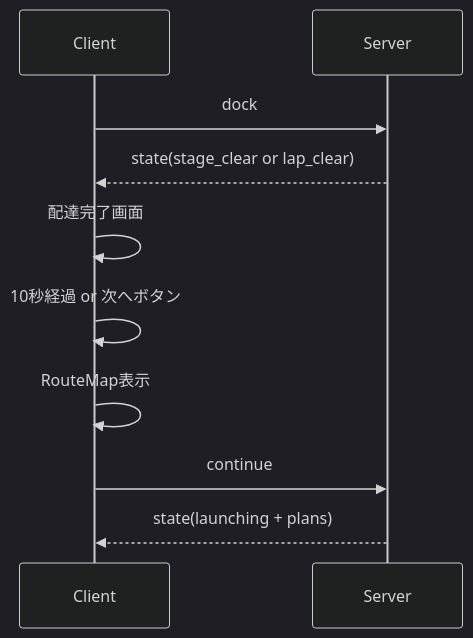
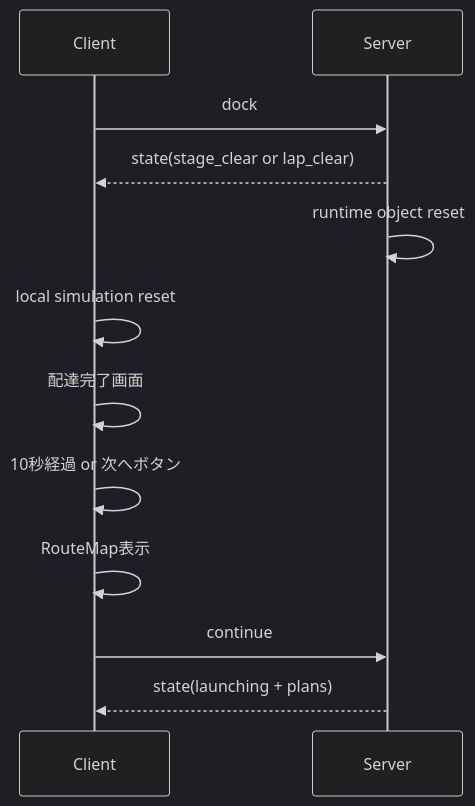
Before and after one commit to ssnshino/rust-sandbox: the third of 4 diagrams in docs/truckers_v2.md, drawn with Mermaid (dark theme). The commit also changed other lines of this file and 4 other files, not shown here.

````diff
--- a/docs/truckers_v2.md
+++ b/docs/truckers_v2.md
@@ -396,12 +414,14 @@
 ```mermaid
 sequenceDiagram
     participant C as Client
     participant S as Server
     C->>S: dock
     S-->>C: state(stage_clear or lap_clear)
+    S->>S: runtime object reset
+    C->>C: local simulation reset
     C->>C: 配達完了画面
     C->>C: 10秒経過 or 次へボタン
     C->>C: RouteMap表示
     C->>S: continue
     S-->>C: state(launching + plans)
 ```
````
